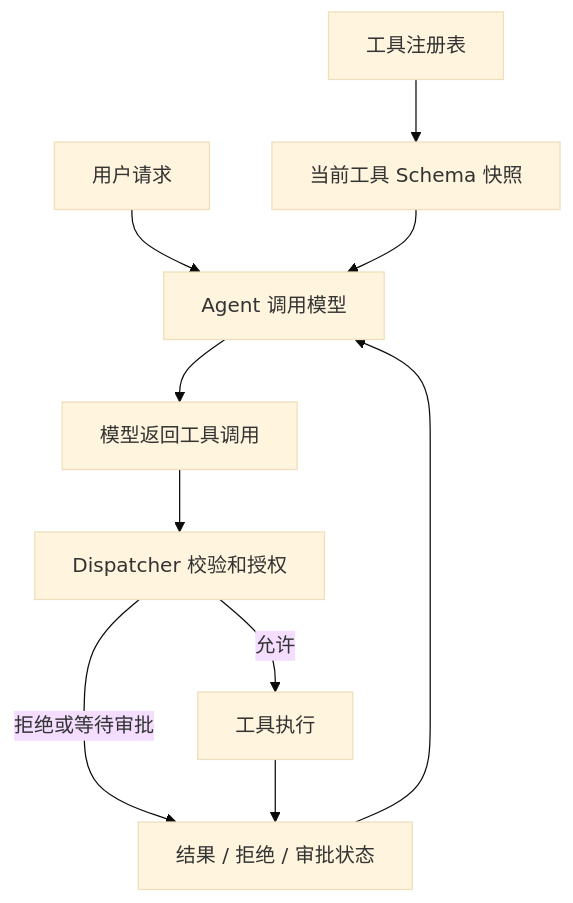
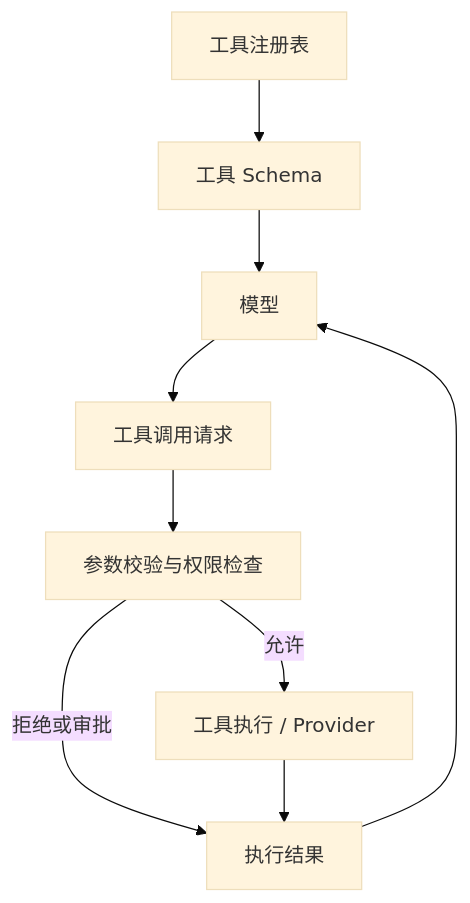
Before and after one commit to Norway-Norge/SA: the second of 2 diagrams in README.md, drawn with Mermaid (base theme). The commit also changed other lines of this file, not shown here.

````diff
--- a/README.md
+++ b/README.md
@@ -143,12 +64,11 @@
 ```mermaid
 flowchart TD
-    Request[用户请求] --> Loop[Agent 调用模型]
-    Registry[工具注册表] --> Schemas[当前工具 Schema 快照]
-    Schemas --> Loop
-    Loop --> Call[模型返回工具调用]
-    Call --> Dispatcher[Dispatcher 校验和授权]
-    Dispatcher -->|允许| Execute[工具执行]
-    Dispatcher -->|拒绝或等待审批| Result[结果 / 拒绝 / 审批状态]
+    Registry[工具注册表] --> Schema[工具 Schema]
+    Schema --> Model[模型]
+    Model --> Call[工具调用请求]
+    Call --> Check[参数校验与权限检查]
+    Check -->|允许| Execute[工具执行 / Provider]
+    Check -->|拒绝或审批| Result[执行结果]
     Execute --> Result
-    Result --> Loop
+    Result --> Model
 ```
````
